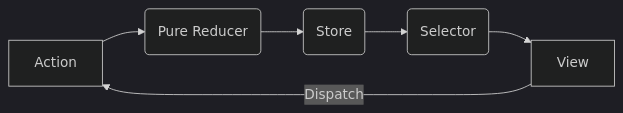
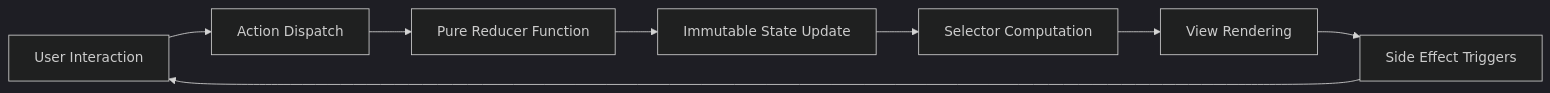
Before and after one commit to githubhenrykoo/redux_todo_in_astro: the diagram in src/assets/md/Plan/stateManagementPlan.md, drawn with Mermaid (dark theme). The commit also changed other lines of this file, not shown here.

````diff
--- a/src/assets/md/Plan/stateManagementPlan.md
+++ b/src/assets/md/Plan/stateManagementPlan.md
@@ -149,8 +163,10 @@
-   ```mermaid
-   graph LR
-     A[Action] --> B(Pure Reducer)
-     B --> C(Store)
-     C --> D(Selector)
-     D --> E[View]
-     E -- Dispatch --> A
-   ```
+```mermaid
+graph LR
+  A[User Interaction] --> B[Action Dispatch]
+  B --> C[Pure Reducer Function]
+  C --> D[Immutable State Update]
+  D --> E[Selector Computation]
+  E --> F[View Rendering]
+  F --> G[Side Effect Triggers]
+  G --> A
+```
````
